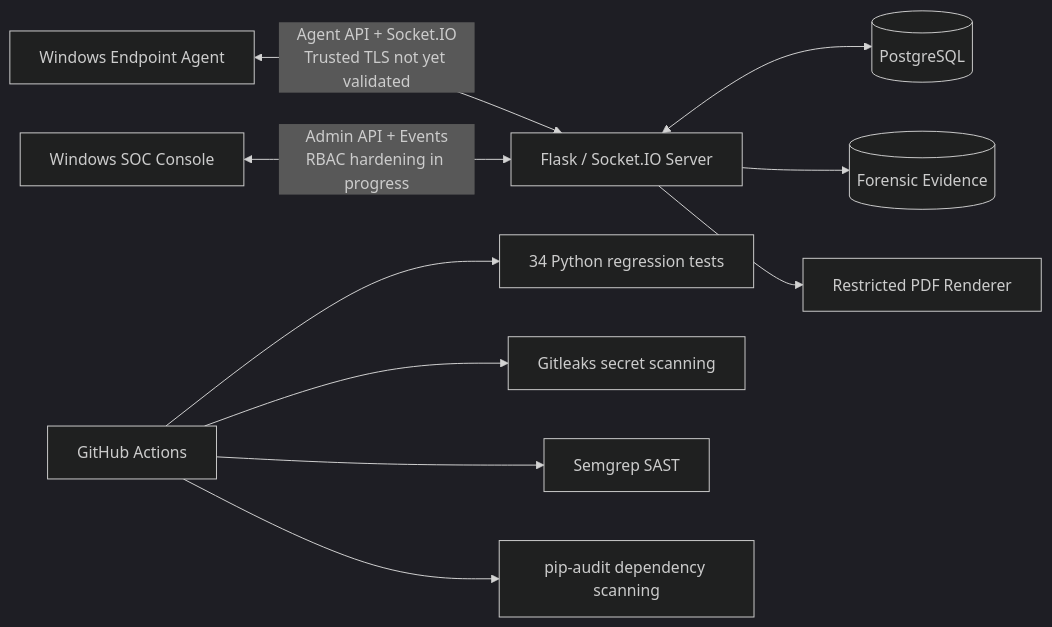
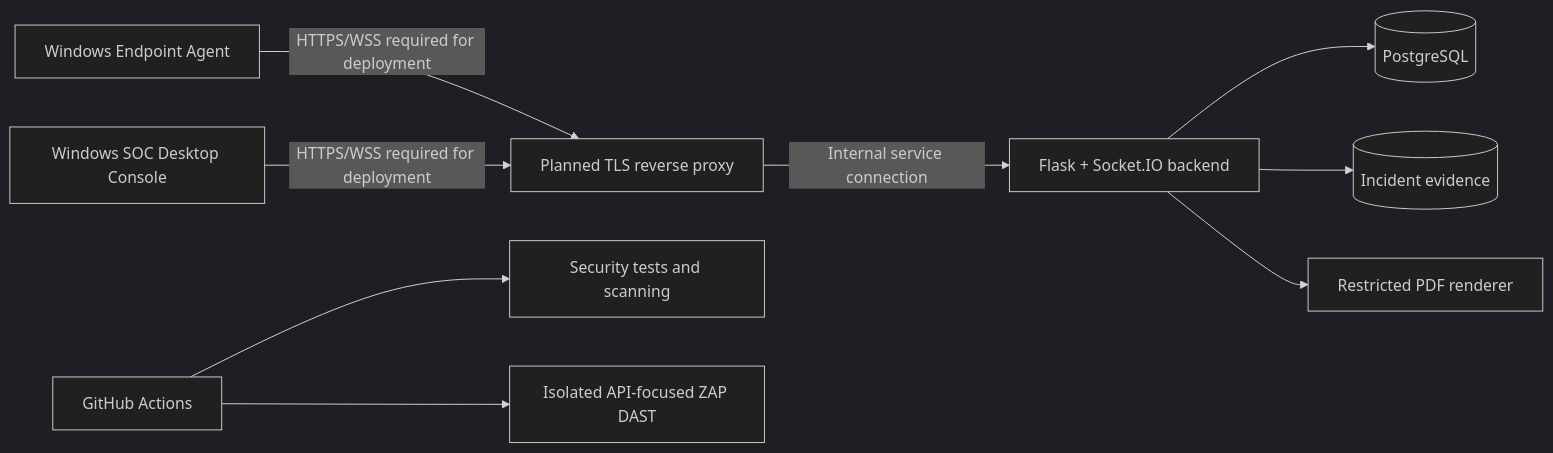
The first of 2 diagrams in README.md (youssif-ahmed-sec/Graduation-Project-After-Adding-secure-CI-CD-Pipeline), drawn with Mermaid (dark theme) before and after one commit. The commit also changed other lines of this file, not shown here.

Commit message:
docs: update FileTrack security architecture and CI documentation

````diff
--- a/README.md
+++ b/README.md
@@ -63,12 +15,11 @@
 ```mermaid
 flowchart LR
-    A[Windows Endpoint Agent] <-->|Agent API + Socket.IO\nTrusted TLS not yet validated| S[Flask / Socket.IO Server]
-    C[Windows SOC Console] <-->|Admin API + Events\nRBAC hardening in progress| S
-    S <--> D[(PostgreSQL)]
-    S --> E[(Forensic Evidence)]
-    S --> P[Restricted PDF Renderer]
-    G[GitHub Actions] --> T[34 Python regression tests]
-    G --> L[Gitleaks secret scanning]
-    G --> M[Semgrep SAST]
-    G --> Q[pip-audit dependency scanning]
+    A[Windows Endpoint Agent] -->|HTTPS/WSS required for deployment| P[Planned TLS reverse proxy]
+    C[Windows SOC Desktop Console] -->|HTTPS/WSS required for deployment| P
+    P -->|Internal service connection| S[Flask + Socket.IO backend]
+    S --> D[(PostgreSQL)]
+    S --> E[(Incident evidence)]
+    S --> R[Restricted PDF renderer]
+    G[GitHub Actions] --> U[Security tests and scanning]
+    G --> Z[Isolated API-focused ZAP DAST]
 ```
````
